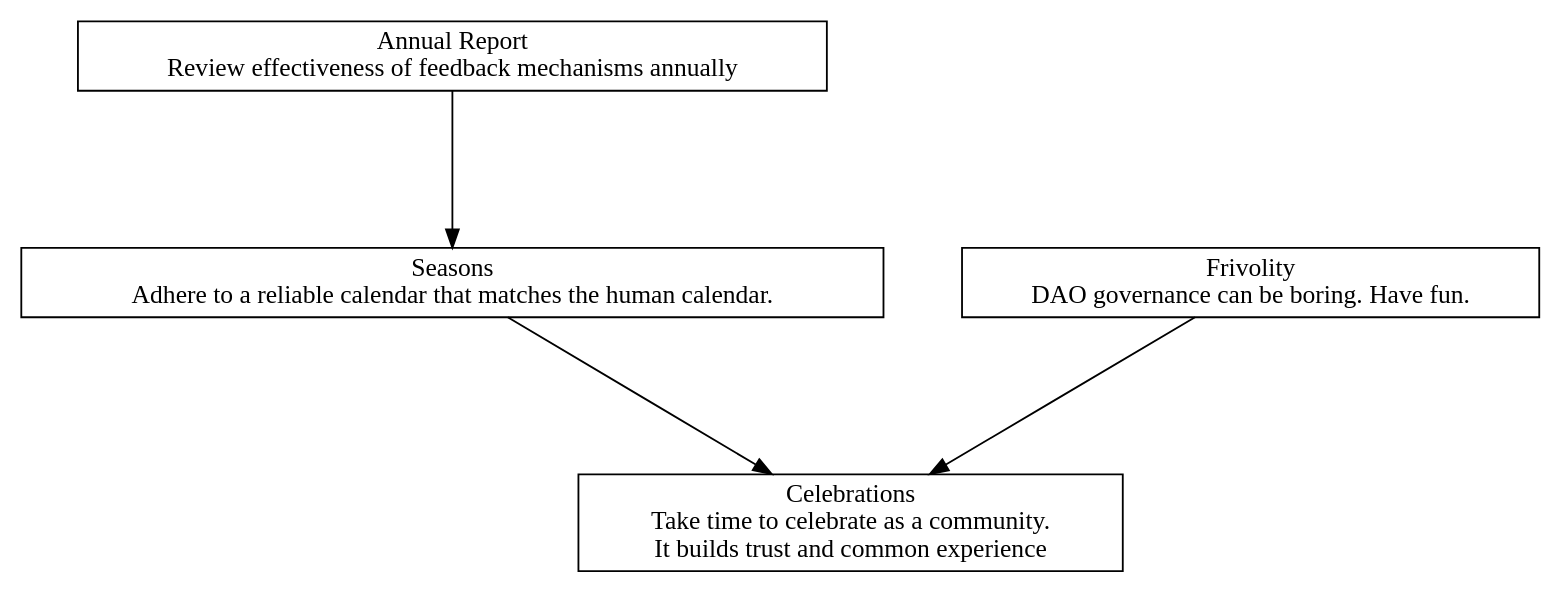
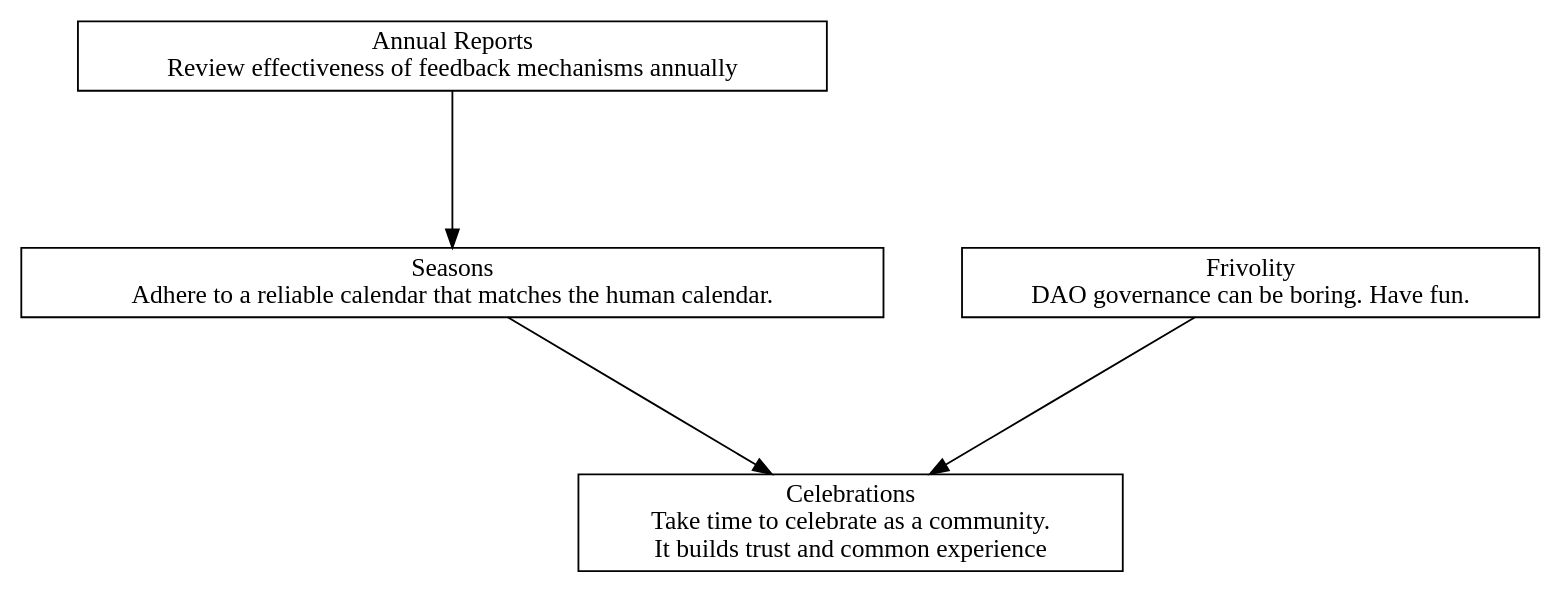
Before and after one commit to icdevsorg/icdevs_dao_lang: the diagram in content/patterns/output/celebrations_all_predecessors_graph.dot, drawn with Graphviz. The commit also changed 392 other files, not shown here.

```diff
--- a/content/patterns/output/celebrations_all_predecessors_graph.dot
+++ b/content/patterns/output/celebrations_all_predecessors_graph.dot
@@ -1,16 +1,16 @@
 digraph "" {
 	graph [nodesep=0.6,
 		rankdir=TB,
 		ranksep=1.2
 	];
 	node [label="\N",
 		shape=box
 	];
 	Celebrations	[label="Celebrations\nTake time to celebrate as a community.\n It builds trust and common experience"];
 	Seasons	[label="Seasons\nAdhere to a reliable calendar that matches the human calendar.\n"];
 	Seasons -> Celebrations;
 	Frivolity	[label="Frivolity\nDAO governance can be boring. Have fun.\n"];
 	Frivolity -> Celebrations;
-	"Annual Report"	[label="Annual Report\nReview effectiveness of feedback mechanisms annually"];
-	"Annual Report" -> Seasons;
+	"Annual Reports"	[label="Annual Reports\nReview effectiveness of feedback mechanisms annually"];
+	"Annual Reports" -> Seasons;
 }
```
